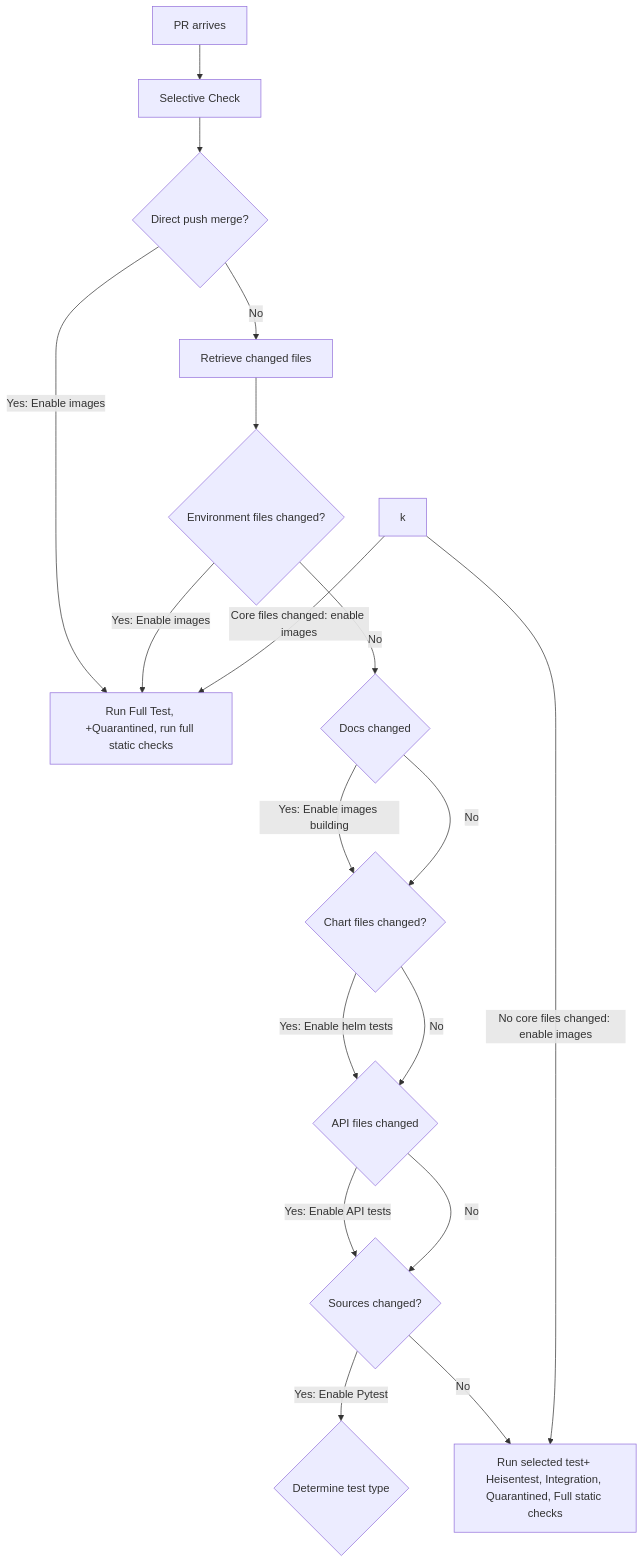
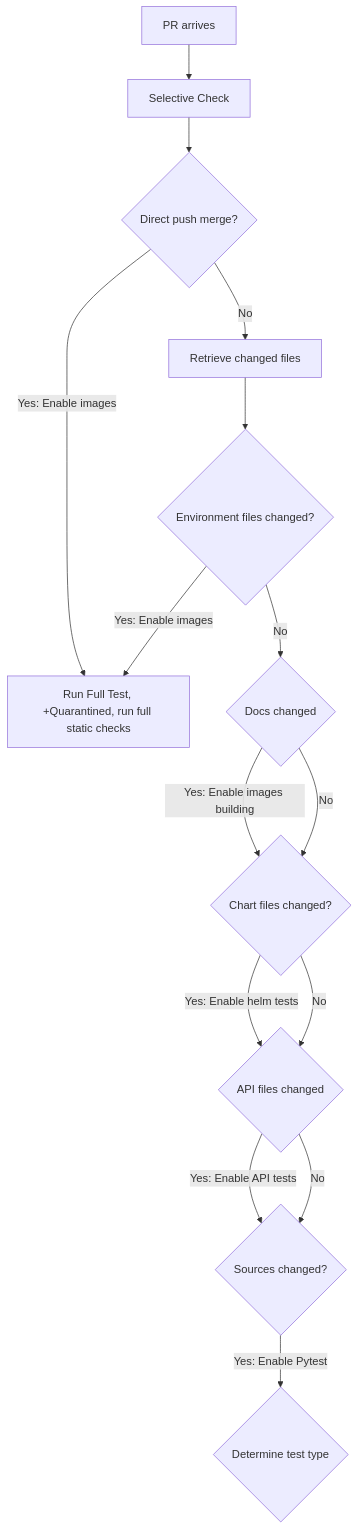
One commit to edithturn/golang-training changed the diagram in README.md. Above: the diagram before and after it, drawn with Mermaid. The commit also changed other lines of this file, not shown here.

Commit message:
test mermaid

````diff
--- a/README.md
+++ b/README.md
@@ -7,20 +7,18 @@
 ```mermaid
 flowchart TD
 A[PR arrives]-->B[Selective Check]
 B-->C{Direct push merge?}
 C-->|Yes: Enable images| D[Run Full Test, +Quarantined, run full static checks]
 C-->|No| E[Retrieve changed files]
 E-->F{Environment files changed?}
 F-->|Yes: Enable images| D
 F-->|No| G{Docs changed}
 G-->|Yes: Enable images building| I{Chart files changed?}
 G-->|No| I
 I-->|Yes: Enable helm tests| J{API files changed}
 I-->|No| J
 J-->|Yes: Enable API tests| H{Sources changed?}
 J-->|No| H
 H-->|Yes: Enable Pytest| K{Determine test type}
-H-->|No| L[Skip running test, Run subset of static checks]
-k-->|Core files changed: enable images| D
-k-->|No core files changed: enable images| L[Run selected test+ Heisentest, Integration, Quarantined, Full static checks] 
+
 ```
````
